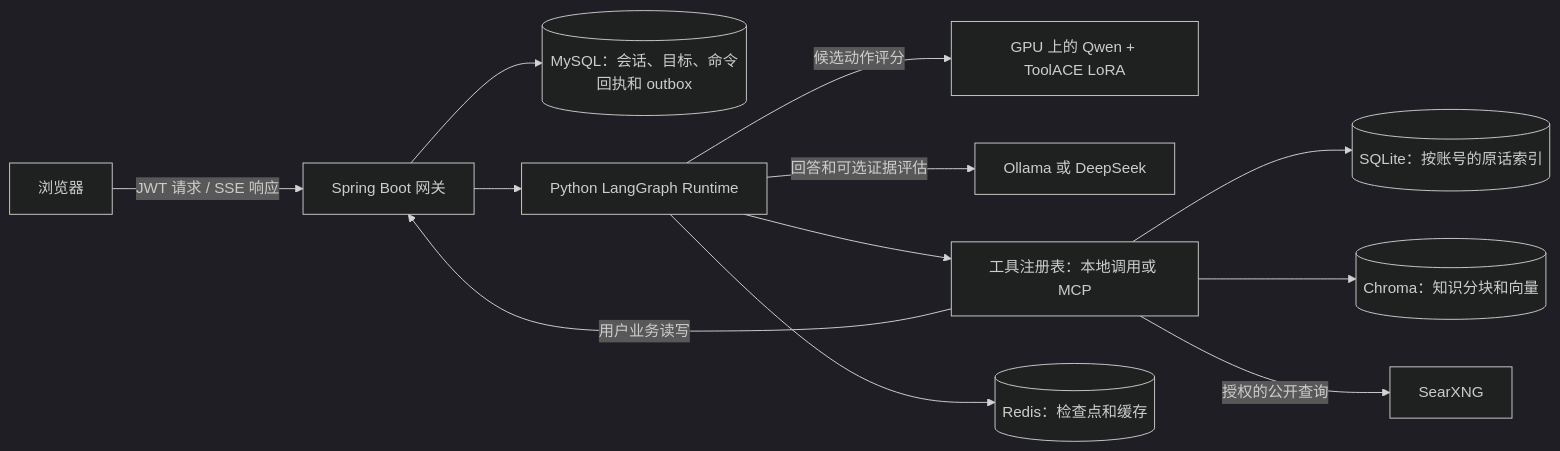
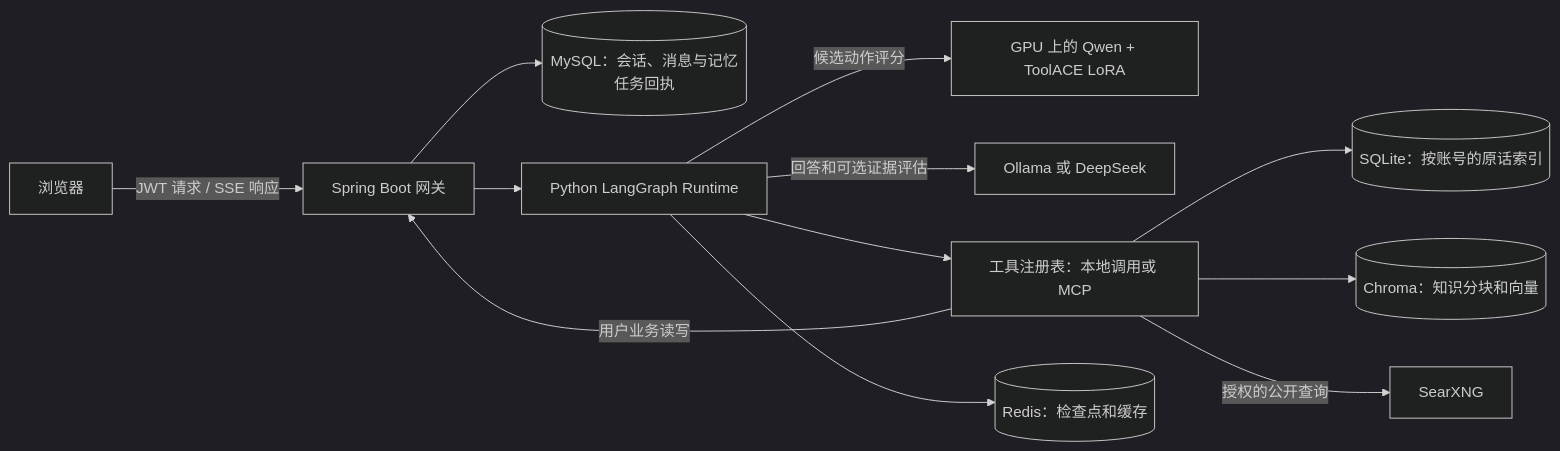
The first of 2 diagrams in docs/architecture.md (Vaniloo/psych-agent-engineering), drawn with Mermaid (dark theme) before and after one commit. The commit also changed other lines of this file and 141 other files, not shown here.

````diff
--- a/docs/architecture.md
+++ b/docs/architecture.md
@@ -7,14 +7,14 @@
 ```mermaid
 flowchart LR
   UI[浏览器] -->|JWT 请求 / SSE 响应| J[Spring Boot 网关]
-  J --> SQL[(MySQL：会话、目标、命令回执和 outbox)]
+  J --> SQL[(MySQL：会话、消息与记忆任务回执)]
   J --> R[Python LangGraph Runtime]
   R -->|候选动作评分| Q[GPU 上的 Qwen + ToolACE LoRA]
   R -->|回答和可选证据评估| L[Ollama 或 DeepSeek]
   R --> T[工具注册表：本地调用或 MCP]
   R --> C[(Redis：检查点和缓存)]
   T -->|用户业务读写| J
   T --> M[(SQLite：按账号的原话索引)]
   T --> K[(Chroma：知识分块和向量)]
   T -->|授权的公开查询| S[SearXNG]
 ```
````
